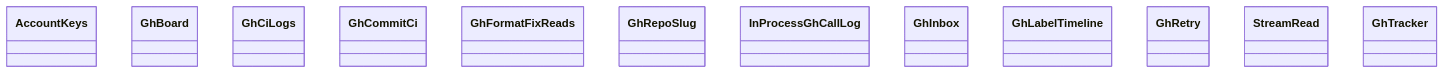
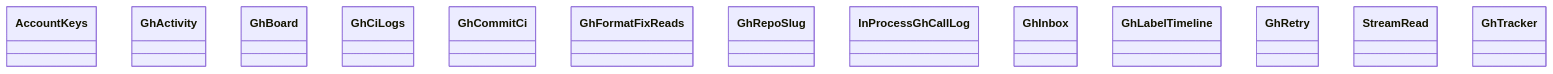
One commit to GonzaloZevallos/agentic-system changed the diagram in docs/architecture/generated/classes-process-adapters-github.md. Above: the diagram before and after it, drawn with Mermaid. The commit also changed 18 other files, not shown here.

````diff
--- a/docs/architecture/generated/classes-process-adapters-github.md
+++ b/docs/architecture/generated/classes-process-adapters-github.md
@@ -12,15 +12,16 @@
 ```mermaid
 classDiagram
     class github__account__AccountKeys["AccountKeys"]
+    class github__activity__GhActivity["GhActivity"]
     class github__board__GhBoard["GhBoard"]
     class github__ci_logs__GhCiLogs["GhCiLogs"]
     class github__commit_ci__GhCommitCi["GhCommitCi"]
     class github__format_fix_reads__GhFormatFixReads["GhFormatFixReads"]
     class github__format_fix_reads__GhRepoSlug["GhRepoSlug"]
     class github__gh_call_log__InProcessGhCallLog["InProcessGhCallLog"]
     class github__inbox__GhInbox["GhInbox"]
     class github__label_timeline__GhLabelTimeline["GhLabelTimeline"]
     class github__run__GhRetry["GhRetry"]
     class github__run__StreamRead["StreamRead"]
     class github__tracker__GhTracker["GhTracker"]
 ```
````
